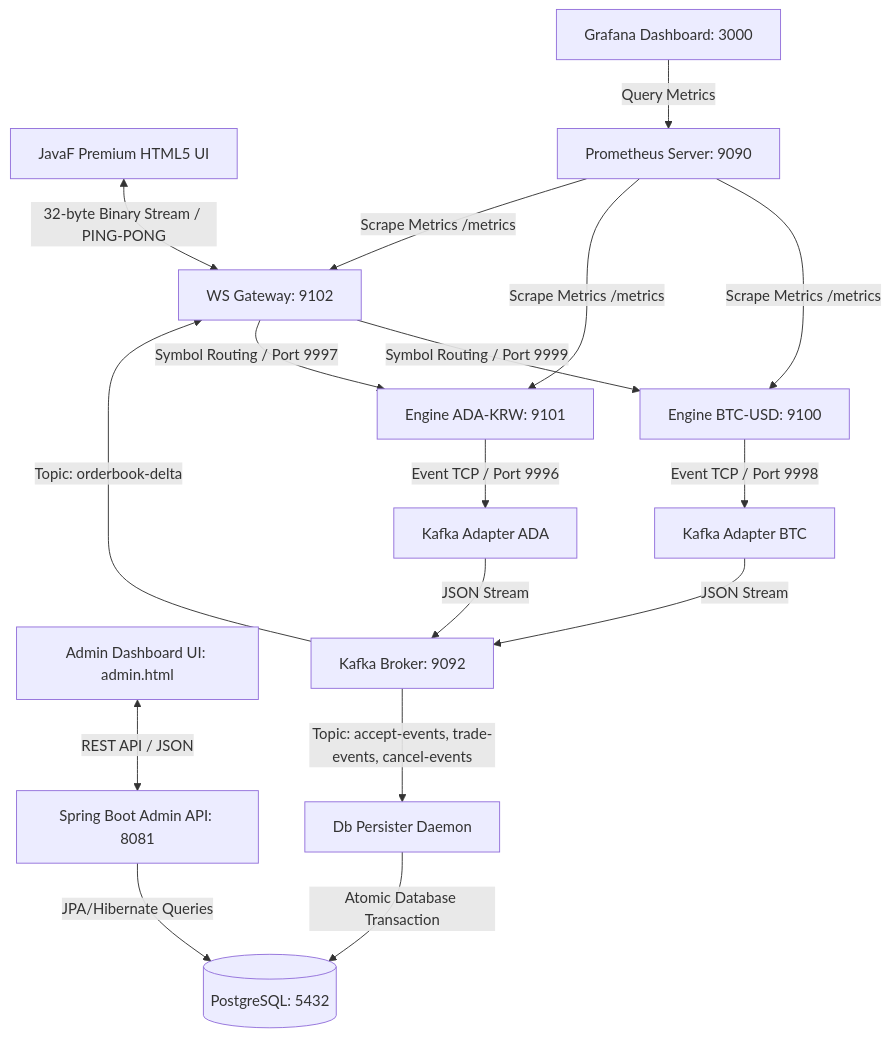
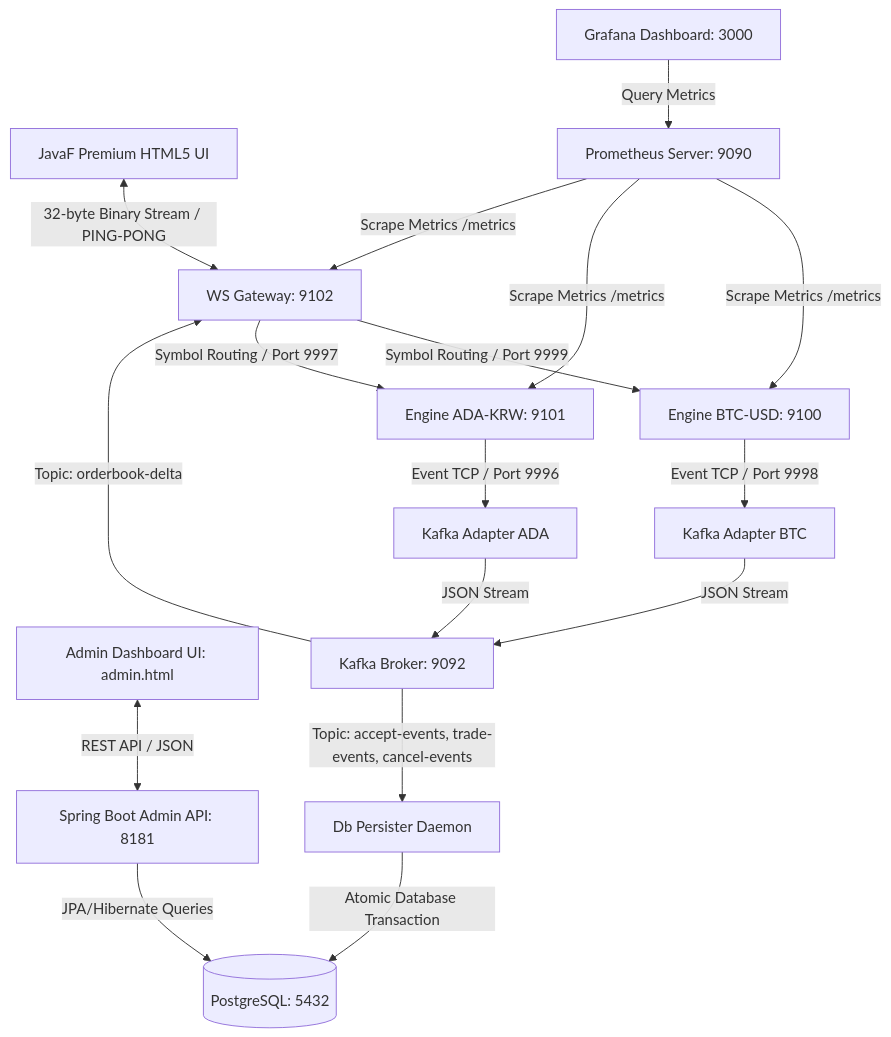
The diagram in README.md (kangilc/exchange_be), drawn with Mermaid before and after one commit. The commit also changed other lines of this file and 5 other files, not shown here.

Commit message:
feat: admin-api 포트 변경 8081 -> 8181

````diff
--- a/README.md
+++ b/README.md
@@ -25,31 +25,31 @@
 ```mermaid
 graph TD
     %% Clients
     UI[JavaF Premium HTML5 UI] <-->|32-byte Binary Stream / PING-PONG| WS[Netty WS Gateway: 8088]
-    AdminUI[Admin Dashboard UI: admin.html] <-->|REST API / JSON| AdminAPI[Spring Boot Admin API: 8081]
+    AdminUI[Admin Dashboard UI: admin.html] <-->|REST API / JSON| AdminAPI[Spring Boot Admin API: 8181]
     
     %% Monitoring
     Prometheus[Prometheus Server: 9090] -->|Scrape Metrics /metrics| EngineBTC[Engine BTC-USD: 9100]
     Prometheus -->|Scrape Metrics /metrics| EngineADA[Engine ADA-KRW: 9101]
     Prometheus -->|Scrape Metrics /metrics| WS[WS Gateway: 9102]
     Grafana[Grafana Dashboard: 3000] -->|Query Metrics| Prometheus
     
     %% Engine BTC
     WS -->|Symbol Routing / Port 9999| EngineBTC
     EngineBTC -->|Event TCP / Port 9998| KAdapterBTC[Kafka Adapter BTC]
     KAdapterBTC -->|JSON Stream| Kafka[Kafka Broker: 9092]
     
     %% Engine ADA
     WS -->|Symbol Routing / Port 9997| EngineADA
     EngineADA -->|Event TCP / Port 9996| KAdapterADA[Kafka Adapter ADA]
     KAdapterADA -->|JSON Stream| Kafka
     
     %% Real-time Settle Pipeline
     Kafka -->|Topic: accept-events, trade-events, cancel-events| DBPersister[Db Persister Daemon]
     DBPersister -->|Atomic Database Transaction| Postgres[(PostgreSQL: 5432)]
     
     %% Admin Integration
     AdminAPI -->|JPA/Hibernate Queries| Postgres
     
     Kafka -->|Topic: orderbook-delta| WS
 ```
````
